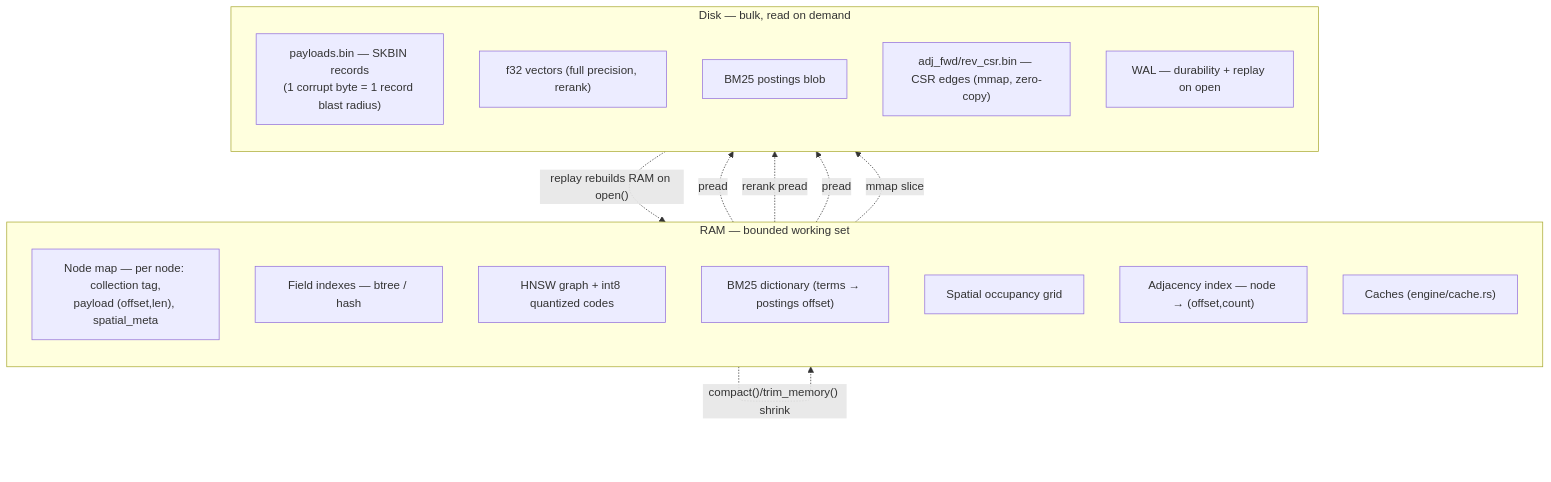
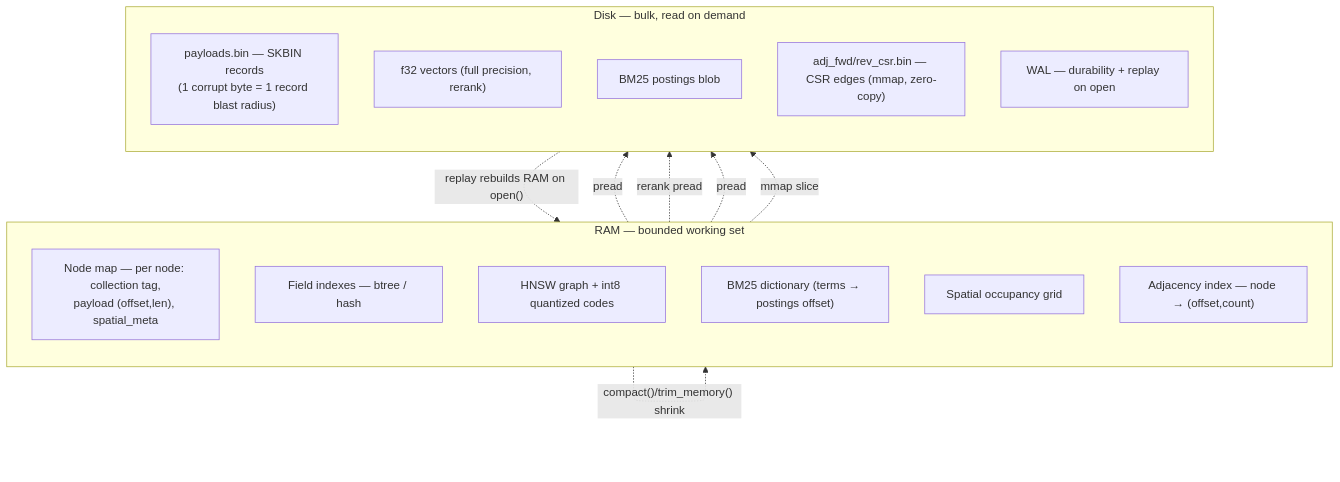
One commit to sekejapdb/sekejap changed the third of 4 diagrams in docs/developer/README.md. Above: the diagram before and after it, drawn with Mermaid. The commit also changed other lines of this file and 24 other files, not shown here.

````diff
--- a/docs/developer/README.md
+++ b/docs/developer/README.md
@@ -131,29 +129,28 @@
 ```mermaid
 flowchart TB
   subgraph RAMBOX["RAM — bounded working set"]
     direction TB
     R1["Node map — per node: collection tag,<br/>payload (offset,len), spatial_meta"]
     R2["Field indexes — btree / hash"]
     R3["HNSW graph + int8 quantized codes"]
     R4["BM25 dictionary (terms → postings offset)"]
     R5["Spatial occupancy grid"]
     R6["Adjacency index — node → (offset,count)"]
-    R7["Caches (engine/cache.rs)"]
   end
 
   subgraph DISKBOX["Disk — bulk, read on demand"]
     direction TB
     D1["payloads.bin — SKBIN records<br/>(1 corrupt byte = 1 record blast radius)"]
     D2["f32 vectors (full precision, rerank)"]
     D3["BM25 postings blob"]
     D4["adj_fwd/rev_csr.bin — CSR edges (mmap, zero-copy)"]
     D5["WAL — durability + replay on open"]
   end
 
   R1 -. "pread" .-> D1
   R3 -. "rerank pread" .-> D2
   R4 -. "pread" .-> D3
   R6 -. "mmap slice" .-> D4
   RAMBOX -. "compact()/trim_memory() shrink" .-> RAMBOX
   D5 -. "replay rebuilds RAM on open()" .-> RAMBOX
 ```
````
